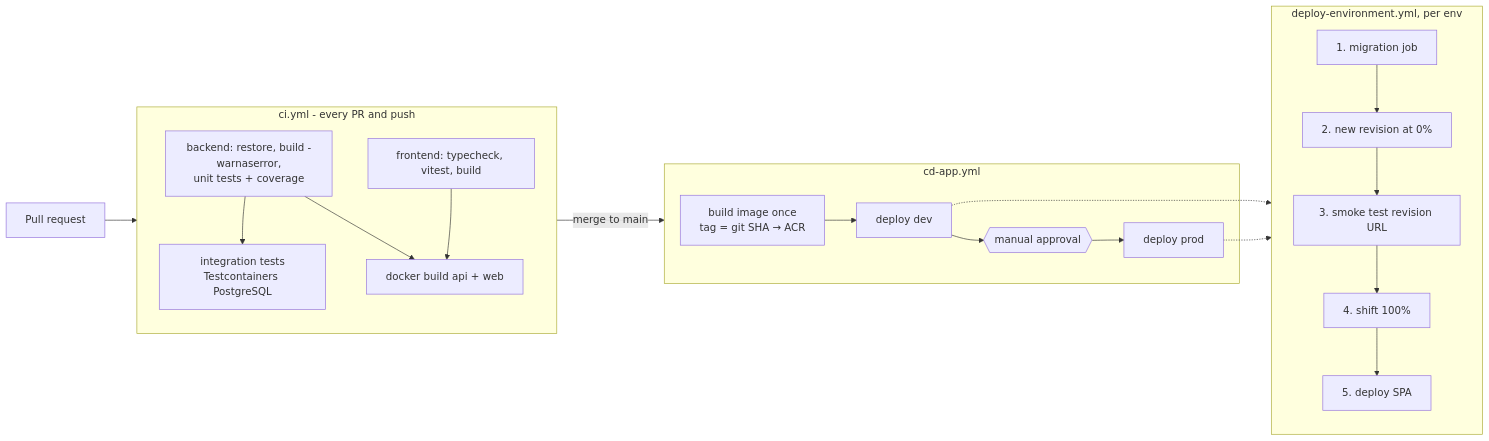
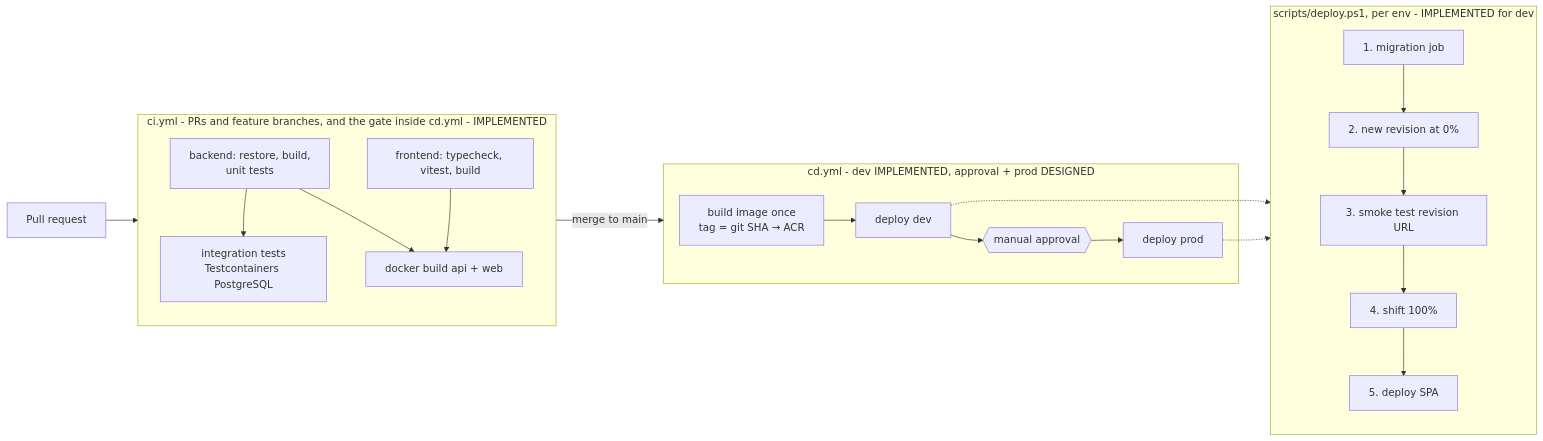
The second of 2 diagrams in docs/07-deployment-roadmap.md (Abhishek-pers/IPL-Merchandise), drawn with Mermaid before and after one commit. The commit also changed other lines of this file and 6 other files, not shown here.

First line of the commit message:
docs: describe the real CI/CD state and the layered architecture

````diff
--- a/docs/07-deployment-roadmap.md
+++ b/docs/07-deployment-roadmap.md
@@ -52,18 +57,18 @@
 ```mermaid
 flowchart LR
     PR[Pull request] --> CI
-    subgraph CI[ci.yml - every PR and push]
-        B[backend: restore, build -warnaserror,<br/>unit tests + coverage] --> IT[integration tests<br/>Testcontainers PostgreSQL]
+    subgraph CI[ci.yml - PRs and feature branches, and the gate inside cd.yml - IMPLEMENTED]
+        B[backend: restore, build,<br/>unit tests] --> IT[integration tests<br/>Testcontainers PostgreSQL]
         F[frontend: typecheck, vitest, build]
         B & F --> IMG[docker build api + web]
     end
     CI -->|merge to main| CDAPP
-    subgraph CDAPP[cd-app.yml]
+    subgraph CDAPP[cd.yml - dev IMPLEMENTED, approval + prod DESIGNED]
         BUILD[build image once<br/>tag = git SHA → ACR] --> DEV[deploy dev] --> GATE{{manual approval}} --> PROD[deploy prod]
     end
-    subgraph DEPLOY[deploy-environment.yml, per env]
+    subgraph DEPLOY[scripts/deploy.ps1, per env - IMPLEMENTED for dev]
         M1[1. migration job] --> M2[2. new revision at 0%] --> M3[3. smoke test revision URL] --> M4[4. shift 100%] --> M5[5. deploy SPA]
     end
     DEV -.-> DEPLOY
     PROD -.-> DEPLOY
 ```
````
